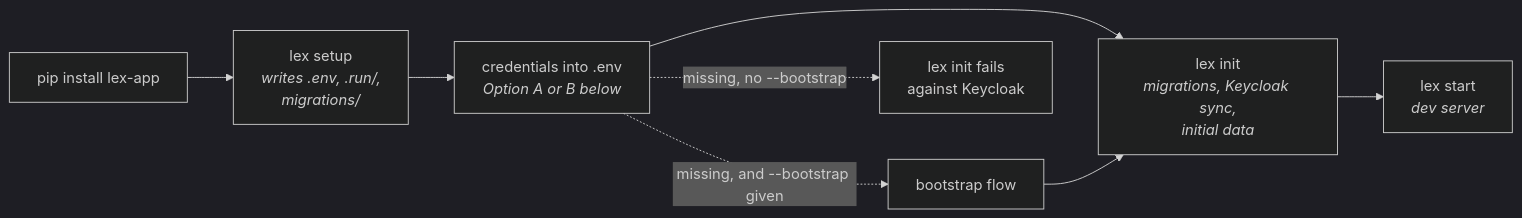
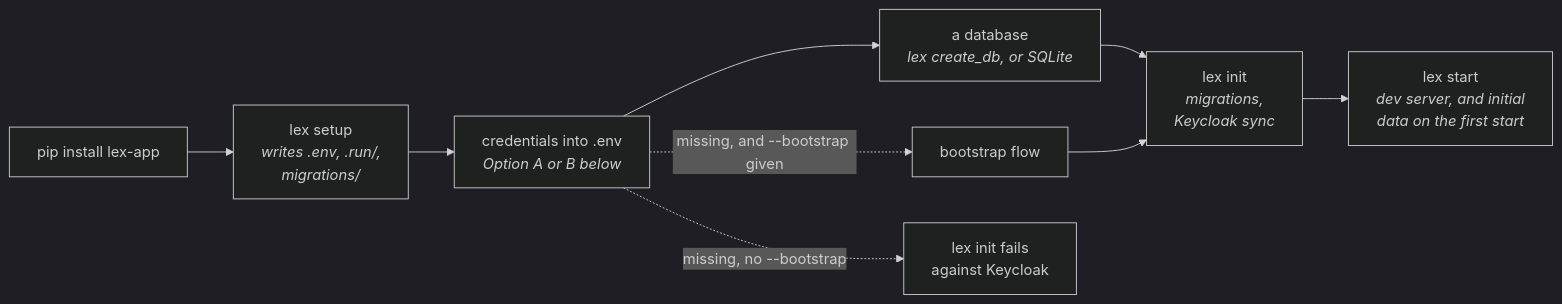
The diagram in content/start-here/installation.md (ExcellenceCloudGmbH/lex-app-docs), drawn with Mermaid (dark theme) before and after one commit. The commit also changed other lines of this file and 14 other files, not shown here.

````diff
--- a/content/start-here/installation.md
+++ b/content/start-here/installation.md
@@ -50,10 +50,11 @@
 ```mermaid
 flowchart LR
     I["pip install lex-app"] --> S["lex setup<br/><i>writes .env, .run/,<br/>migrations/</i>"]
     S --> C["credentials into .env<br/><i>Option A or B below</i>"]
-    C --> N["lex init<br/><i>migrations, Keycloak sync,<br/>initial data</i>"]
-    N --> R["lex start<br/><i>dev server</i>"]
+    C --> D["a database<br/><i>lex create_db, or SQLite</i>"]
+    D --> N["lex init<br/><i>migrations,<br/>Keycloak sync</i>"]
+    N --> R["lex start<br/><i>dev server, and initial<br/>data on the first start</i>"]
     C -.->|"missing, and --bootstrap given"| BS["bootstrap flow"]
     BS --> N
     C -.->|"missing, no --bootstrap"| F["lex init fails<br/>against Keycloak"]
 ```
````
